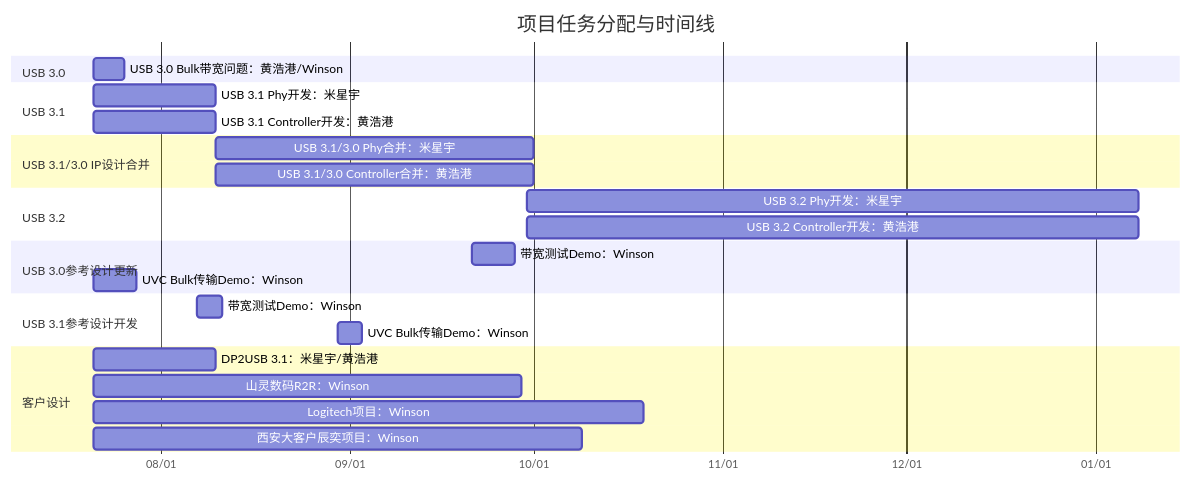
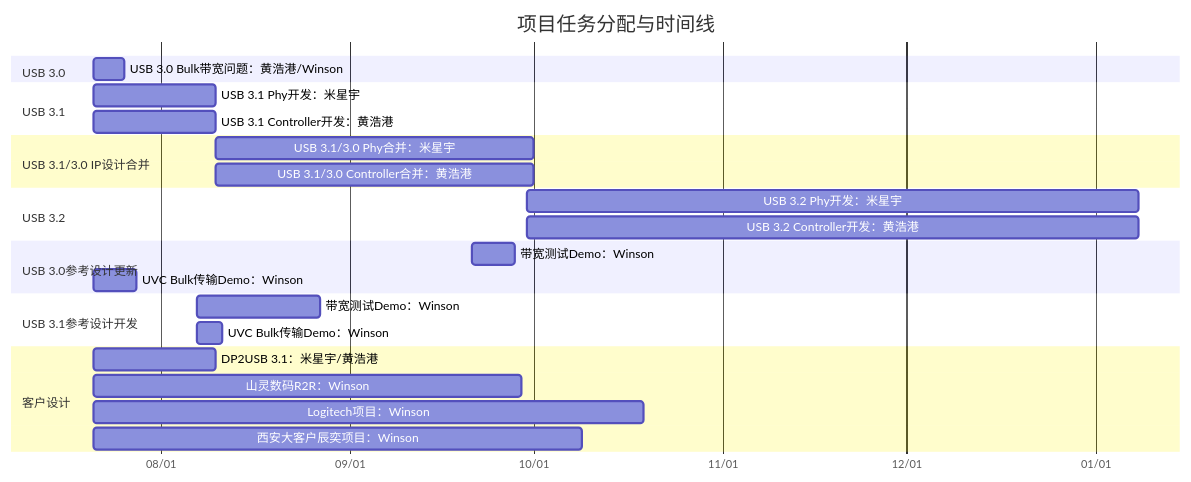
The diagram in all/未命名.md (winsonbook/iodraw-files), drawn with Mermaid before and after one commit.

Commit message:
2025-07-21 10:13:19 update

````diff
--- a/all/未命名.md
+++ b/all/未命名.md
@@ -1,35 +1,35 @@
 ```mermaid
 gantt
     title 项目任务分配与时间线
     dateFormat  YYYY-MM-DD
     axisFormat  %m/%d
 
     section USB 3.0
     USB 3.0 Bulk带宽问题：黄浩港/Winson   :    task1, 2025-07-21, 5d
 
     section USB 3.1
     USB 3.1 Phy开发：米星宇      :         task2, 2025-07-21, 20d
     USB 3.1 Controller开发：黄浩港      :  task3, 2025-07-21, 20d
 
     section USB 3.1/3.0 IP设计合并
     USB 3.1/3.0 Phy合并：米星宇       :    task4, 2025-08-10, 52d
     USB 3.1/3.0 Controller合并：黄浩港:    task5, 2025-08-10, 52d
 
     section USB 3.2
     USB 3.2 Phy开发：米星宇      :         task2, 2025-09-30, 100d
     USB 3.2 Controller开发：黄浩港      :  task3, 2025-09-30, 100d
 
     section USB 3.0参考设计更新
     带宽测试Demo：Winson       :         task6, 2025-09-21, 7d
     UVC Bulk传输Demo：Winson   :        task7, 2025-07-21, 7d
 
     section USB 3.1参考设计开发
-    带宽测试Demo：Winson       :         task8, 2025-08-07, 4d
-    UVC Bulk传输Demo：Winson   :         task9, 2025-08-30, 4d
+    带宽测试Demo：Winson       :         task8, 2025-08-07, 20d
+    UVC Bulk传输Demo：Winson   :         task9, 2025-08-07, 4d
 
     section 客户设计
     DP2USB 3.1：米星宇/黄浩港      :task10, 2025-07-21, 20d
     山灵数码R2R：Winson :             task11, 2025-07-21, 70d
     Logitech项目：Winson :            task12, 2025-07-21, 90d
     西安大客户辰奕项目：Winson :       task13, 2025-07-21, 80d
 ```
````
